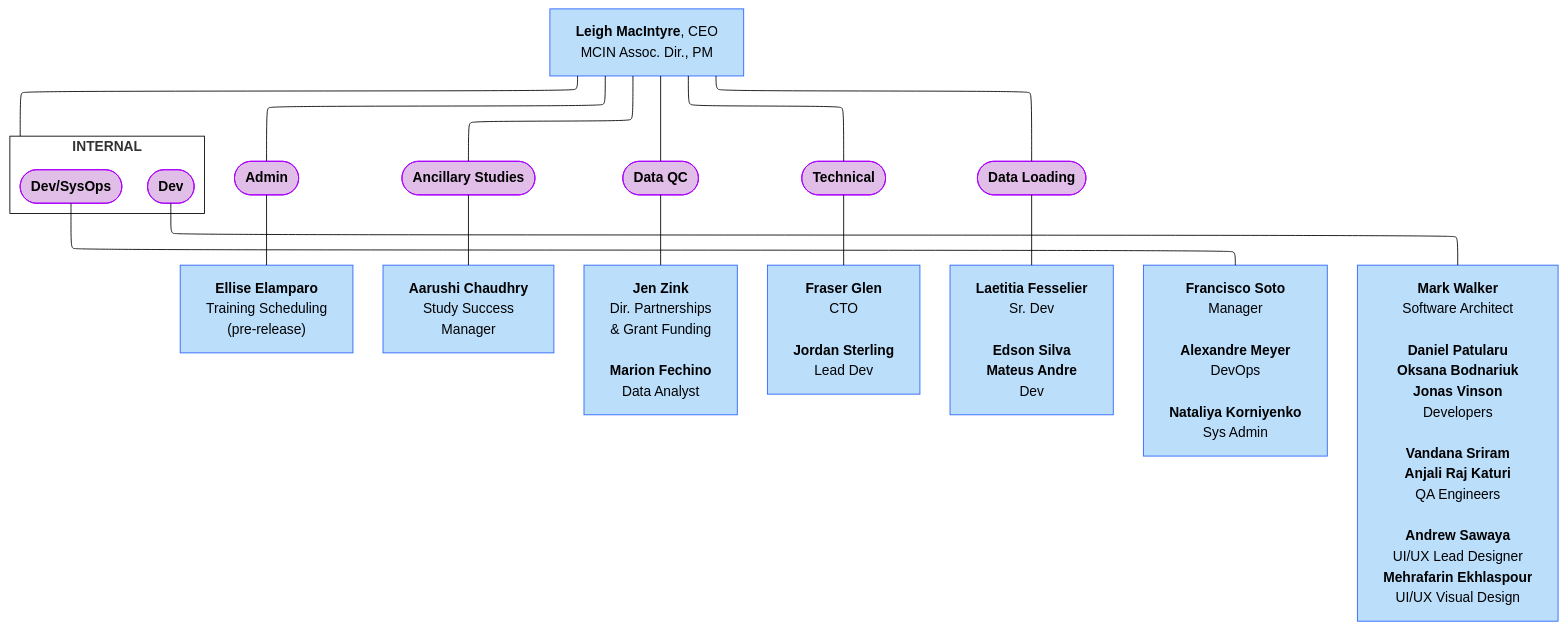
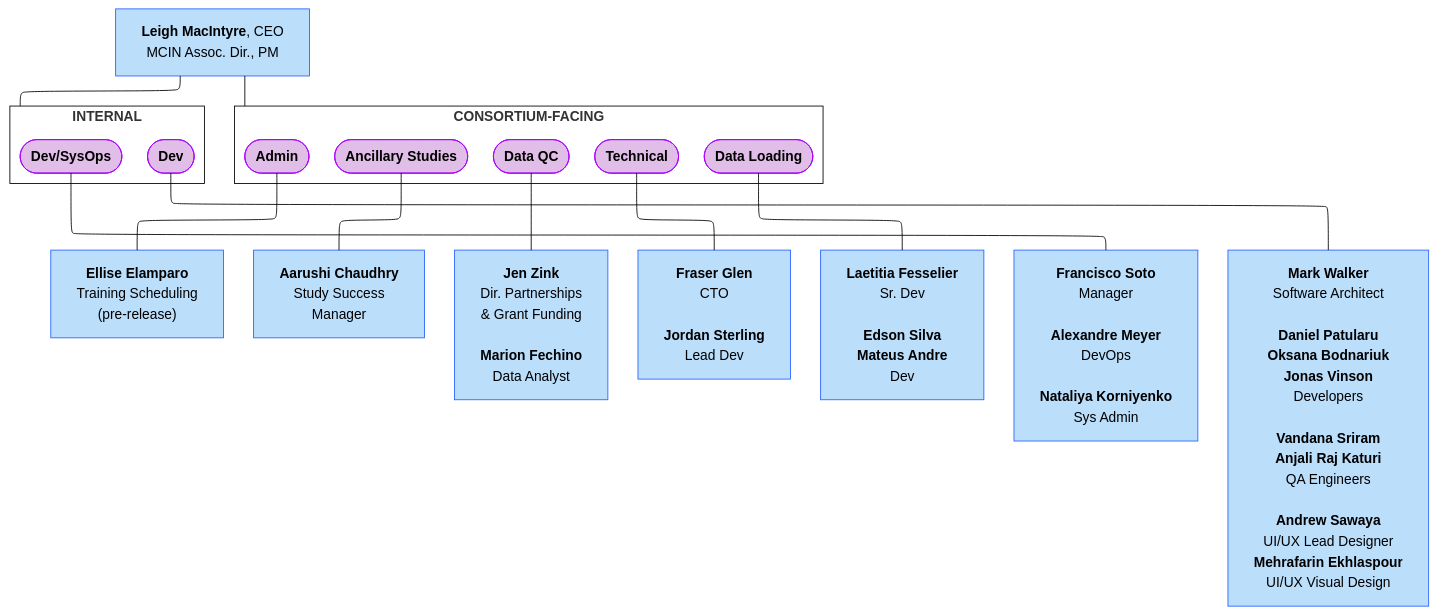
Before and after one commit to DCAN-Labs/hbcd-docs-internal: the third of 9 diagrams in docs/orgcharts.md, drawn with Mermaid (forest theme).

Commit message:
update lasso

````diff
--- a/docs/orgcharts.md
+++ b/docs/orgcharts.md
@@ -156,40 +156,48 @@
 ```mermaid
 ---
 config:
   layout: elk
 ---
 flowchart TB
+ subgraph s2["<b>CONSORTIUM-FACING</b>"]
+        B(["<b>Admin</b>"])
+        n1(["<b>Ancillary Studies</b>"])
+        n2(["<b>Data QC</b>"])
+        n3(["<b>Technical</b>"])
+        n4(["<b>Data Loading</b>"])
+  end
  subgraph s1["<b>INTERNAL</b>"]
         n22(["<b>Dev</b>"])
         n23(["<b>Dev/SysOps</b>"])
   end
-    A["<b>Leigh MacIntyre</b>, CEO<br>MCIN Assoc. Dir., PM"] --- B(["<b>Admin</b>"]) & n1(["<b>Ancillary Studies</b>"]) & n2(["<b>Data QC</b>"]) & n3(["<b>Technical</b>"]) & n4(["<b>Data Loading</b>"]) & s1
+    A["<b>Leigh MacIntyre</b>, CEO<br>MCIN Assoc. Dir., PM"] --- s1 & s2
     B --- n5["<b>Ellise Elamparo</b><br>Training Scheduling<br>(pre-release)"]
     n1 --- n6["<b>Aarushi Chaudhry<br></b>Study Success<br>Manager"]
     n2 --- n7["<b>Jen Zink<br></b>Dir. Partnerships<br>&amp; Grant Funding<br><br><b>Marion Fechino</b><br>Data Analyst"]
     n3 --- n8["<b>Fraser Glen<br></b>CTO<br><br><b>Jordan Sterling<br></b>Lead Dev"]
     n4 --- n9["<b>Laetitia Fesselier<br></b>Sr. Dev<br><b><br>Edson Silva</b><br><b>Mateus Andre<br></b>Dev"]
     n23 --- n24["<b>Francisco Soto</b><br>Manager<br>
     <b>Alexandre Meyer</b><br>DevOps<br>
     <b>Nataliya Korniyenko<br></b>Sys Admin"]
     n22 --- n26["<b>Mark Walker</b><br>Software Architect<br>
     <b>Daniel Patularu</b><br><b>Oksana Bodnariuk<br>Jonas Vinson<br></b>Developers<br>
     <b>Vandana Sriram</b><br><b>Anjali Raj Katuri<br></b>QA Engineers<br>
     <b>Andrew Sawaya</b><br>UI/UX Lead Designer<br><b>Mehrafarin Ekhlaspour</b><br>UI/UX Visual Design"]
-    style n22 fill:#E1BEE7,stroke:#AA00FF
-    style n23 fill:#E1BEE7,stroke:#AA00FF
-    style A fill:#BBDEFB,stroke:#2962FF
     style B fill:#E1BEE7,stroke:#AA00FF
     style n1 fill:#E1BEE7,stroke:#AA00FF
     style n2 fill:#E1BEE7,stroke:#AA00FF
     style n3 fill:#E1BEE7,stroke:#AA00FF
     style n4 fill:#E1BEE7,stroke:#AA00FF
+    style n22 fill:#E1BEE7,stroke:#AA00FF
+    style n23 fill:#E1BEE7,stroke:#AA00FF
+    style A fill:#BBDEFB,stroke:#2962FF
     style s1 fill:#FFFFFF,stroke:#000000
     style n5 fill:#BBDEFB,stroke:#2962FF
     style n6 fill:#BBDEFB,stroke:#2962FF
     style n7 fill:#BBDEFB,stroke:#2962FF
     style n8 fill:#BBDEFB,stroke:#2962FF
     style n9 fill:#BBDEFB,stroke:#2962FF
     style n24 fill:#BBDEFB,stroke:#2962FF
     style n26 fill:#BBDEFB,stroke:#2962FF
+    style s2 fill:#FFFFFF,stroke:#000000
 ```
````
